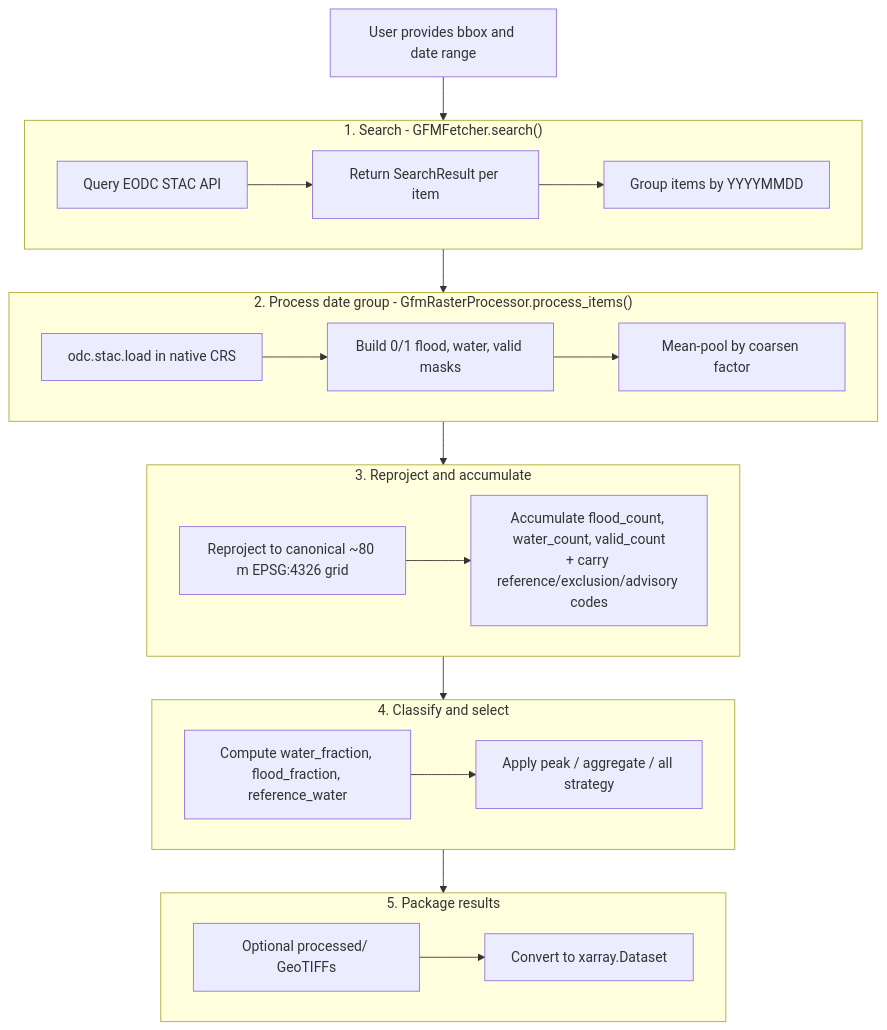
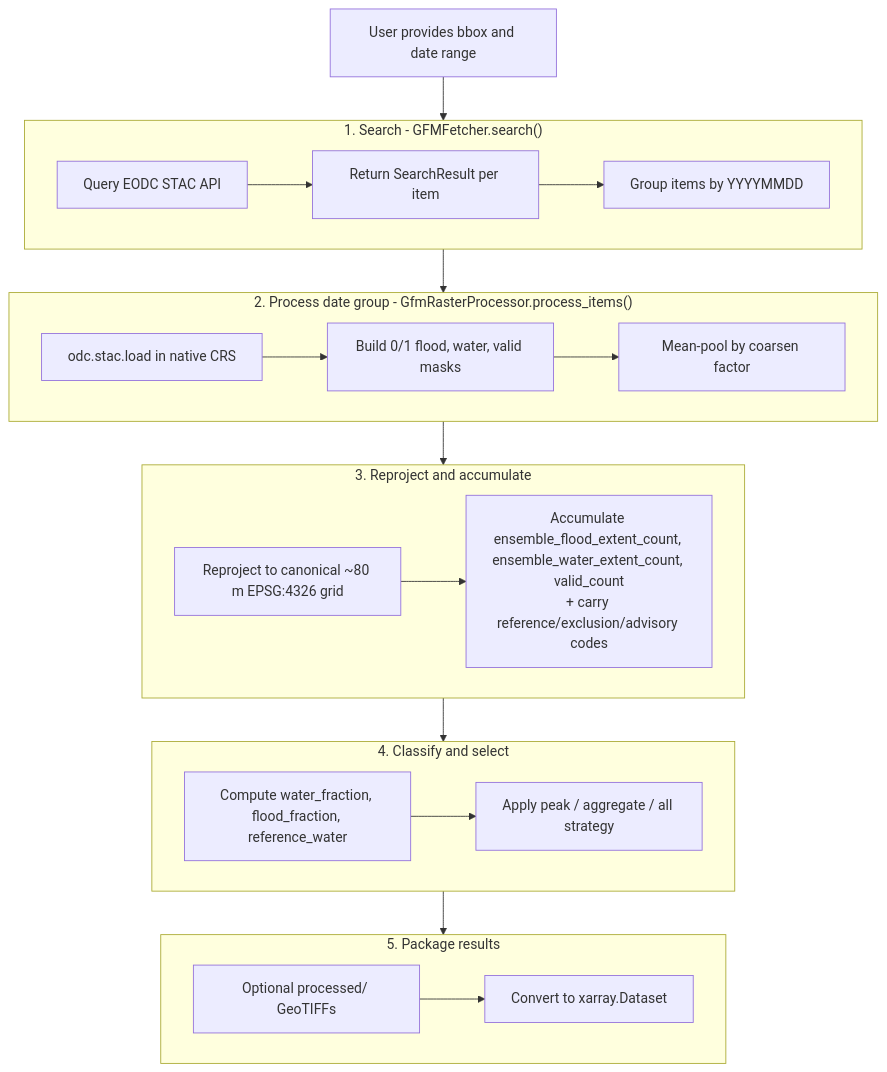
One commit to opageo/atlantis changed the first of 2 diagrams in docs/gfm/internals.md. Above: the diagram before and after it, drawn with Mermaid. The commit also changed other lines of this file and 6 other files, not shown here.

````diff
--- a/docs/gfm/internals.md
+++ b/docs/gfm/internals.md
@@ -64,35 +64,35 @@
 ```mermaid
 flowchart TD
     A["User provides bbox and date range"] --> B
     subgraph B["1. Search - GFMFetcher.search()"]
         B1["Query EODC STAC API"]
         B2["Return SearchResult per item"]
         B3["Group items by YYYYMMDD"]
         B1 --> B2 --> B3
     end
     B --> C
     subgraph C["2. Process date group - GfmRasterProcessor.process_items()"]
         C1["odc.stac.load in native CRS"]
         C2["Build 0/1 flood, water, valid masks"]
         C3["Mean-pool by coarsen factor"]
         C1 --> C2 --> C3
     end
     C --> D
     subgraph D["3. Reproject and accumulate"]
         D1["Reproject to canonical ~80 m EPSG:4326 grid"]
-        D2["Accumulate flood_count, water_count, valid_count\n+ carry reference/exclusion/advisory codes"]
+        D2["Accumulate ensemble_flood_extent_count, ensemble_water_extent_count, valid_count\n+ carry reference/exclusion/advisory codes"]
         D1 --> D2
     end
     D --> E
     subgraph E["4. Classify and select"]
         E1["Compute water_fraction, flood_fraction, reference_water"]
         E2["Apply peak / aggregate / all strategy"]
         E1 --> E2
     end
     E --> F
     subgraph F["5. Package results"]
         F1["Optional processed/ GeoTIFFs"]
         F2["Convert to xarray.Dataset"]
         F1 --> F2
     end
 ```
````
